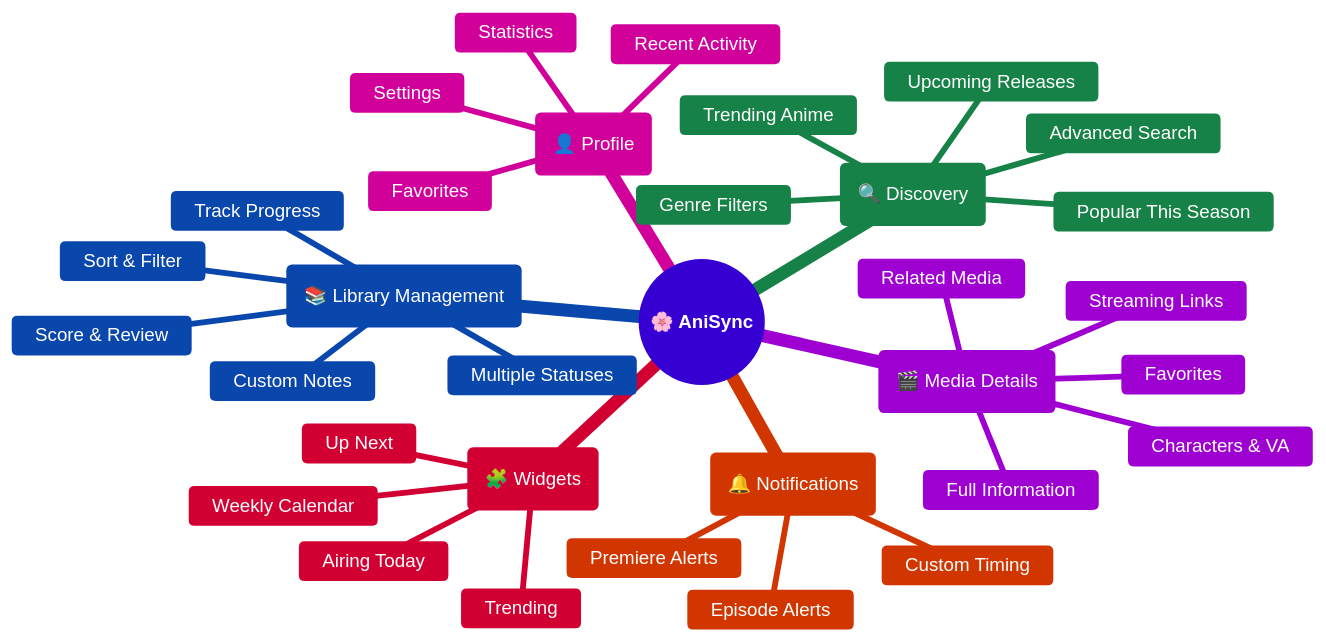
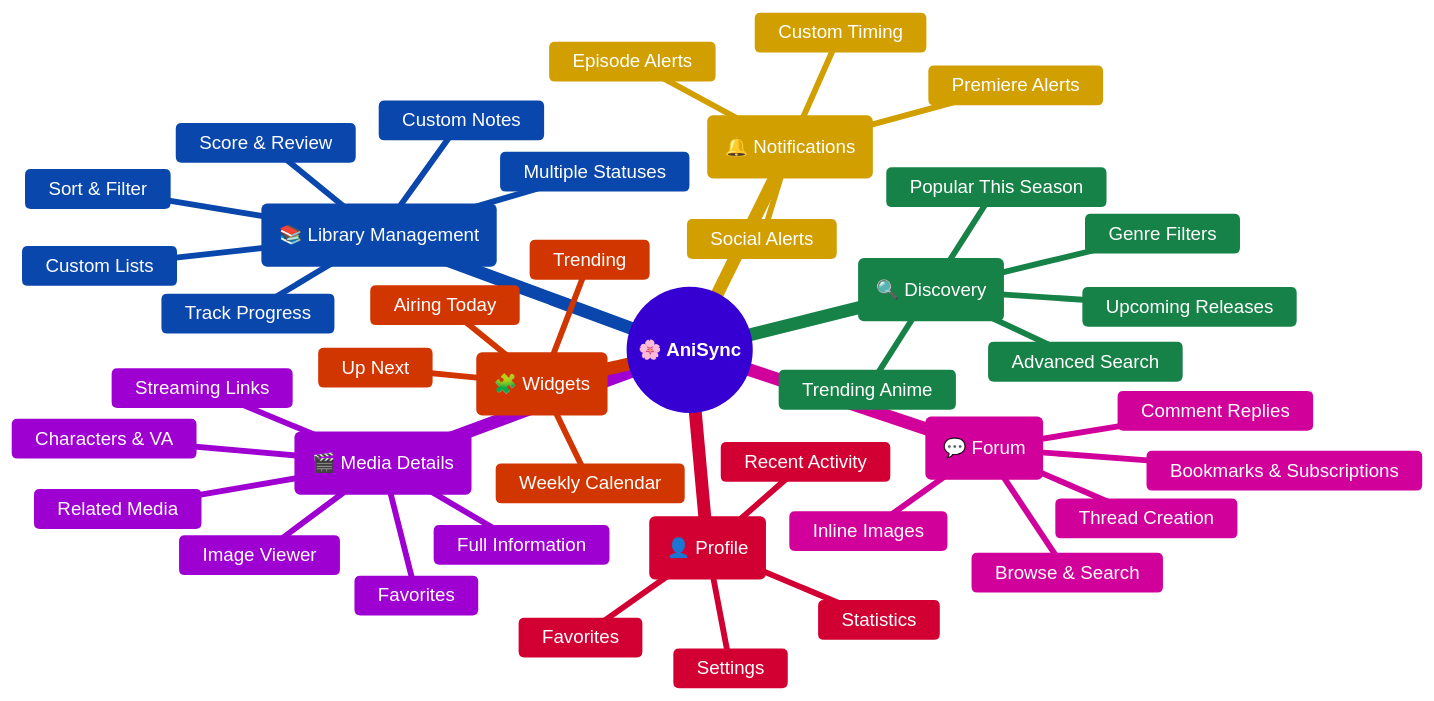
Before and after one commit to Marco-9456/AniSync: the diagram in README.md, drawn with Mermaid. The commit also changed other lines of this file, not shown here.

````diff
--- a/README.md
+++ b/README.md
@@ -54,54 +54,63 @@
 ```mermaid
 %%{
   init: {
     "theme": "base",
     "themeVariables": {
       "fontFamily": "sans-serif",
       "primaryColor": "#7F52FF",
       "primaryTextColor": "#ffffff",
       "primaryBorderColor": "#5b31c6",
       "lineColor": "#8b949e",
       "secondaryColor": "#4285F4",
       "secondaryTextColor": "#ffffff",
       "secondaryBorderColor": "#2f66c4",
       "tertiaryColor": "#3DDC84",
       "tertiaryTextColor": "#000000",
       "tertiaryBorderColor": "#29a35e"
     }
   }
 }%%
 mindmap
   root((**🌸 AniSync**))
     (📚 Library Management)
       Track Progress
       Score & Review
       Custom Notes
+      Custom Lists
       Multiple Statuses
       Sort & Filter
     (🔍 Discovery)
       Trending Anime
       Popular This Season
       Upcoming Releases
       Advanced Search
       Genre Filters
     (🎬 Media Details)
       Full Information
       Characters & VA
       Related Media
       Streaming Links
+      Image Viewer
       Favorites
+    (💬 Forum)
+      Browse & Search
+      Thread Creation
+      Comment Replies
+      Bookmarks & Subscriptions
+      Inline Images
     (👤 Profile)
       Statistics
       Recent Activity
       Favorites
       Settings
     (🧩 Widgets)
       Up Next
       Airing Today
       Weekly Calendar
       Trending
     (🔔 Notifications)
       Episode Alerts
       Premiere Alerts
+      Social Alerts
       Custom Timing
 ```
````
